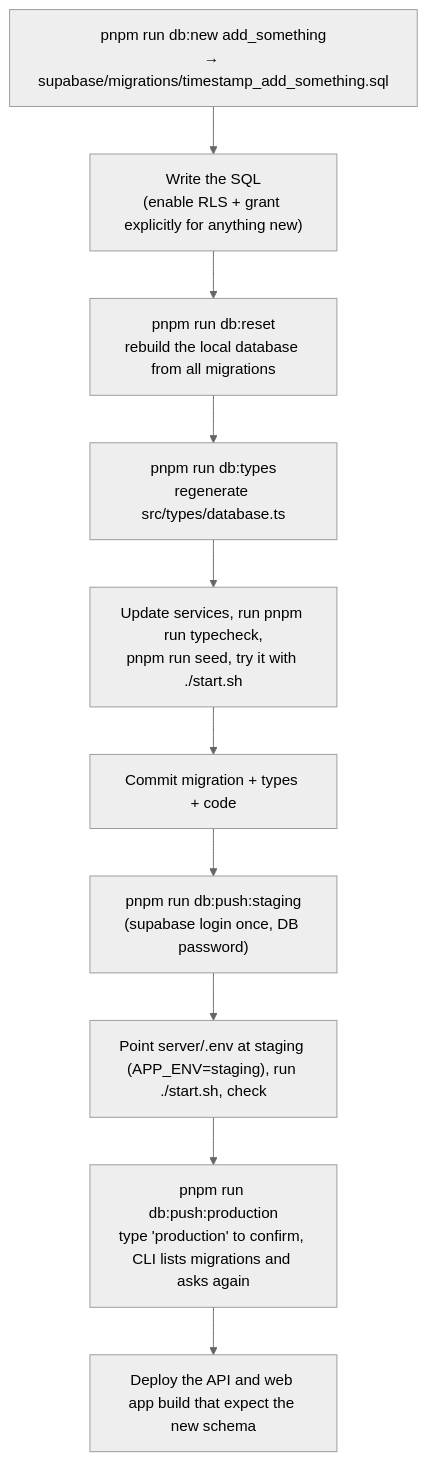
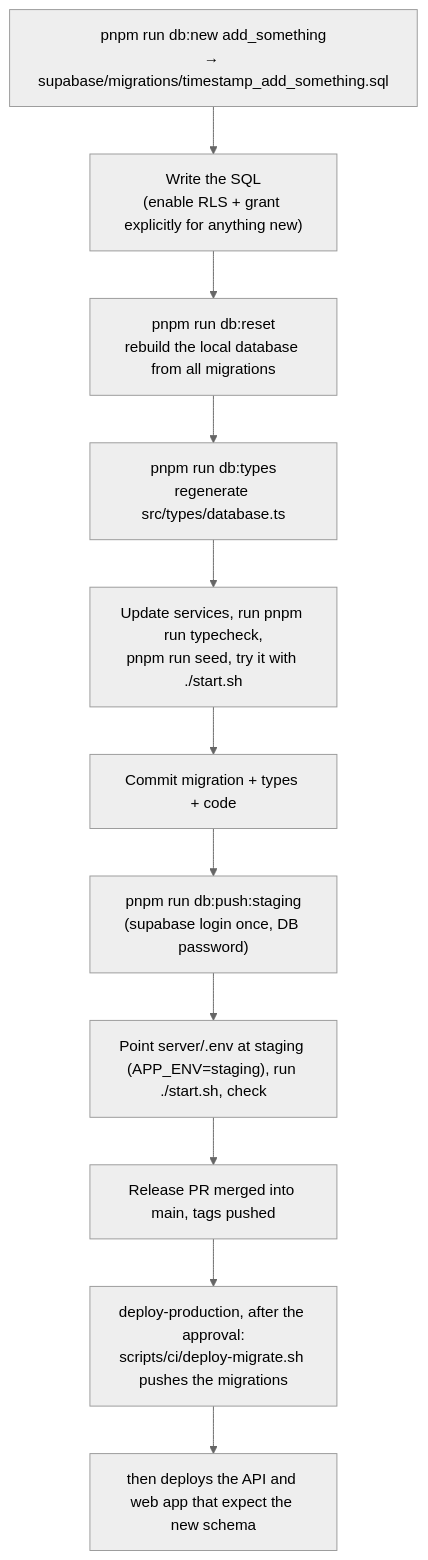
One commit to The-KhaNha/KhaNha changed the first of 5 diagrams in docs/DEPLOYMENT.md. Above: the diagram before and after it, drawn with Mermaid (neutral theme). The commit also changed other lines of this file and 27 other files, not shown here.

````diff
--- a/docs/DEPLOYMENT.md
+++ b/docs/DEPLOYMENT.md
@@ -173,12 +174,13 @@
 ```mermaid
 flowchart TD
   New["pnpm run db:new add_something<br/>→ supabase/migrations/timestamp_add_something.sql"] --> Write["Write the SQL<br/>(enable RLS + grant explicitly for anything new)"]
   Write --> Reset["pnpm run db:reset<br/>rebuild the local database from all migrations"]
   Reset --> Types["pnpm run db:types<br/>regenerate src/types/database.ts"]
   Types --> Code["Update services, run pnpm run typecheck,<br/>pnpm run seed, try it with ./start.sh"]
   Code --> PR["Commit migration + types + code"]
   PR --> Stg["pnpm run db:push:staging<br/>(supabase login once, DB password)"]
   Stg --> Verify["Point server/.env at staging (APP_ENV=staging), run ./start.sh, check"]
-  Verify --> Prod["pnpm run db:push:production<br/>type 'production' to confirm, CLI lists migrations and asks again"]
-  Prod --> Deploy["Deploy the API and web app build that expect the new schema"]
+  Verify --> Release["Release PR merged into main, tags pushed"]
+  Release --> Prod["deploy-production, after the approval:<br/>scripts/ci/deploy-migrate.sh pushes the migrations"]
+  Prod --> Deploy["then deploys the API and web app that expect the new schema"]
 ```
````
